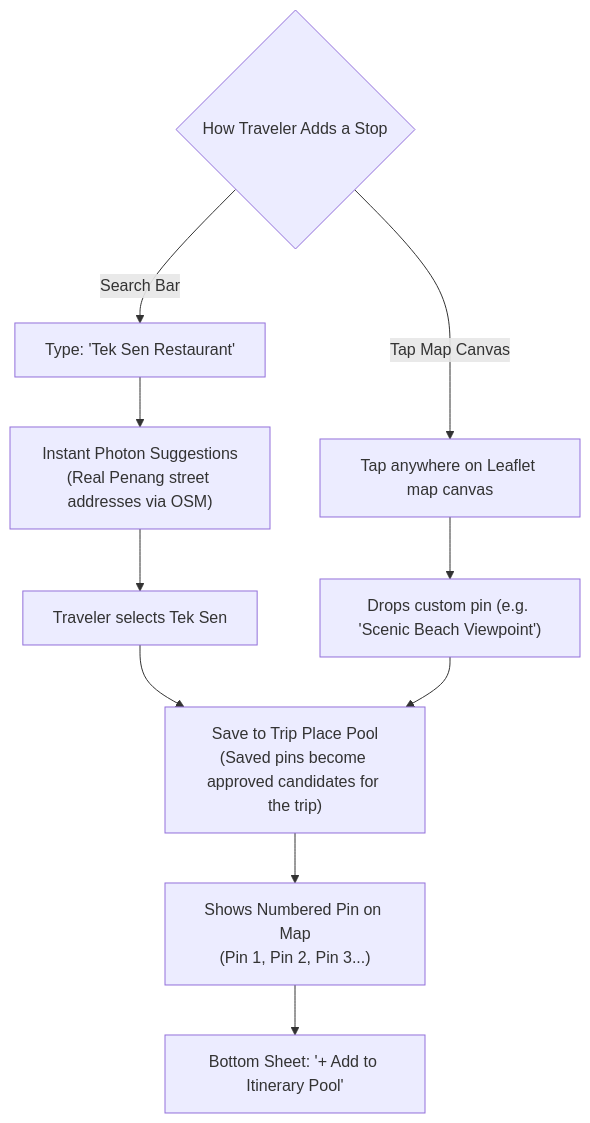
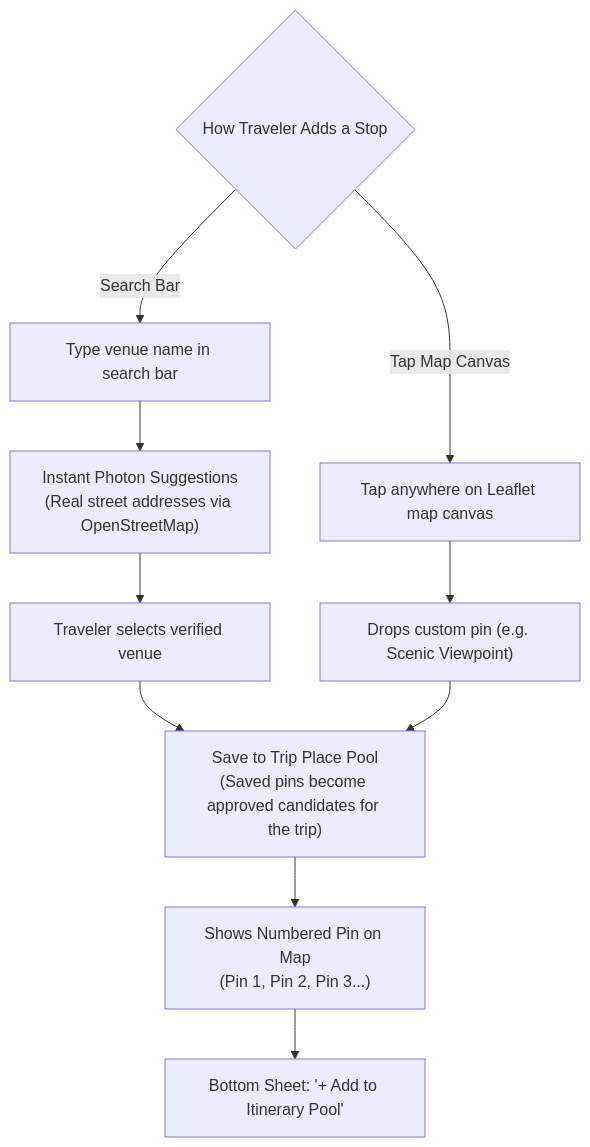
Before and after one commit to nlzce/We-are-the-champions_Plan-B: the tenth of 21 diagrams in README.md, drawn with Mermaid. The commit also changed other lines of this file, not shown here.

Commit message:
docs: update README with multi-agent architecture, 22-screen journey, and zero-form intake

````diff
--- a/README.md
+++ b/README.md
@@ -259,17 +368,17 @@
 ```mermaid
 flowchart TD
   HowToAdd{"How Traveler Adds a Stop"}
 
-  HowToAdd -->|Search Bar| TypeSearch["Type: 'Tek Sen Restaurant'"]
-  TypeSearch --> AutoList["Instant Photon Suggestions<br/>(Real Penang street addresses via OSM)"]
-  AutoList --> PickOne["Traveler selects Tek Sen"]
+  HowToAdd -->|Search Bar| TypeSearch["Type venue name in search bar"]
+  TypeSearch --> AutoList["Instant Photon Suggestions<br/>(Real street addresses via OpenStreetMap)"]
+  AutoList --> PickOne["Traveler selects verified venue"]
 
   HowToAdd -->|Tap Map Canvas| TapMap["Tap anywhere on Leaflet map canvas"]
-  TapMap --> CustomPin["Drops custom pin (e.g. 'Scenic Beach Viewpoint')"]
+  TapMap --> CustomPin["Drops custom pin (e.g. Scenic Viewpoint)"]
 
   PickOne --> SavePool["Save to Trip Place Pool<br/>(Saved pins become approved candidates for the trip)"]
   CustomPin --> SavePool
 
   SavePool --> RenderPin["Shows Numbered Pin on Map<br/>(Pin 1, Pin 2, Pin 3...)"]
   RenderPin --> AddDrawer["Bottom Sheet: '+ Add to Itinerary Pool'"]
 ```
````
